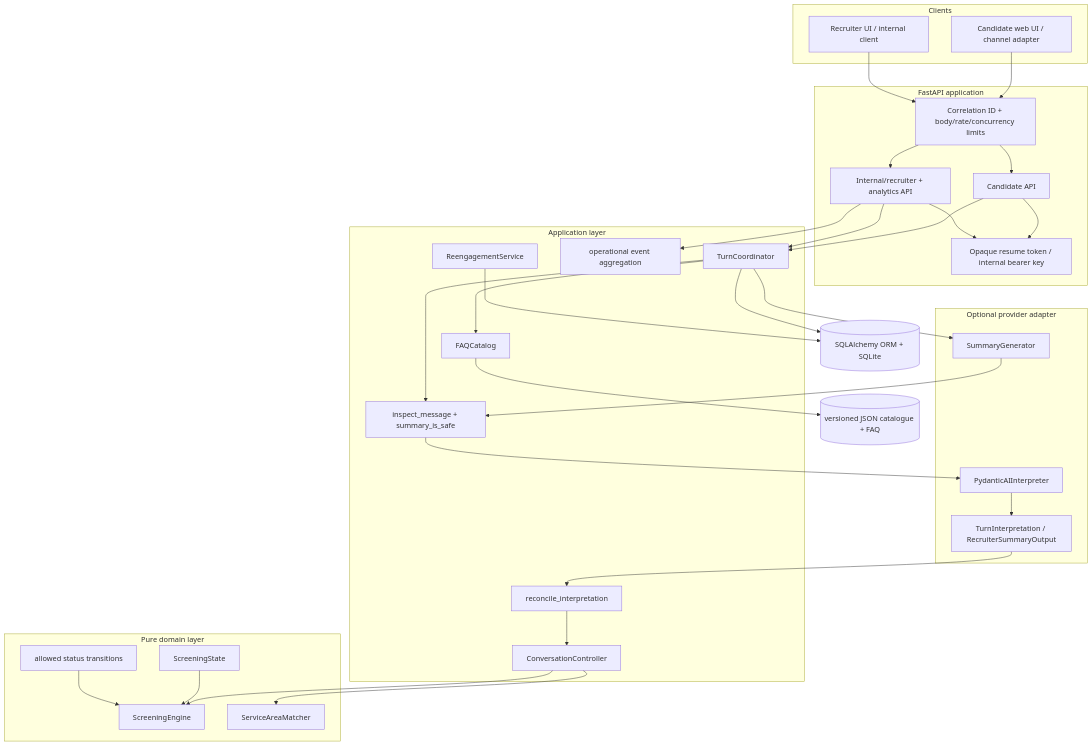
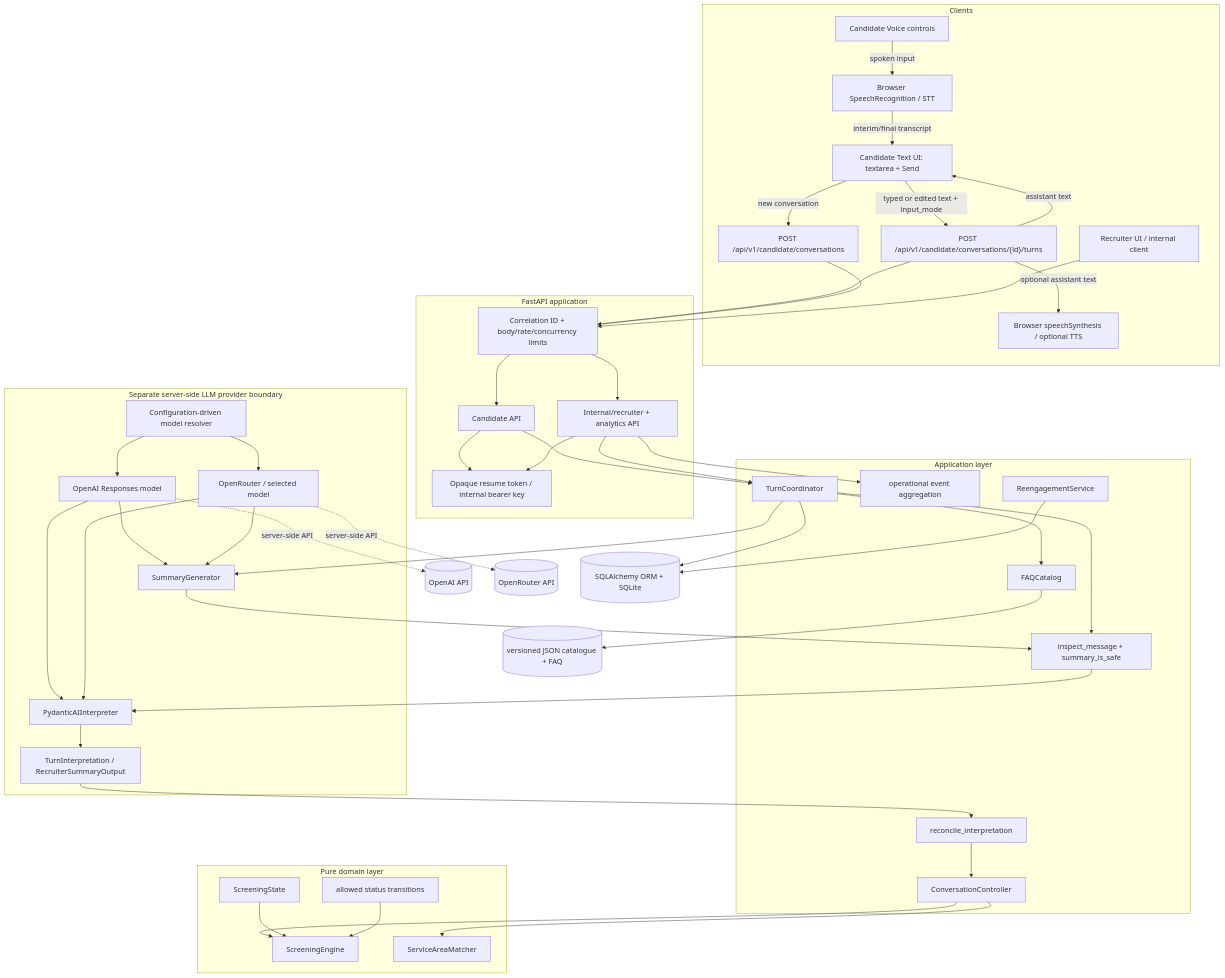
One commit to cadovid/ai-system-candidate-screening changed the first of 2 diagrams in docs/architecture.md. Above: the diagram before and after it, drawn with Mermaid. The commit also changed other lines of this file and 37 other files, not shown here.

Commit message:
Add configurable providers and browser voice screening

````diff
--- a/docs/architecture.md
+++ b/docs/architecture.md
@@ -7,8 +7,17 @@
 ```mermaid
 flowchart TB
   subgraph Clients
-    Candidate[Candidate web UI / channel adapter]
+    TextUI[Candidate Text UI: textarea + Send]
+    VoiceControls[Candidate Voice controls]
+    BrowserSTT[Browser SpeechRecognition / STT]
+    BrowserTTS[Browser speechSynthesis / optional TTS]
     Recruiter[Recruiter UI / internal client]
+    VoiceControls -->|spoken input| BrowserSTT
+    BrowserSTT -->|interim/final transcript| TextUI
+    TextUI -->|typed or edited text + input_mode| Turns["POST /api/v1/candidate/conversations/{id}/turns"]
+    TextUI -->|new conversation| Create["POST /api/v1/candidate/conversations"]
+    Turns -->|assistant text| TextUI
+    Turns -->|optional assistant text| BrowserTTS
   end
 
   subgraph HTTP[FastAPI application]
@@ -35,16 +44,23 @@
     Transitions[allowed status transitions]
   end
 
-  subgraph AI[Optional provider adapter]
+  subgraph AI[Separate server-side LLM provider boundary]
+    Resolver[Configuration-driven model resolver]
     Interpreter[PydanticAIInterpreter]
     Summary[SummaryGenerator]
     Schemas[TurnInterpretation / RecruiterSummaryOutput]
+    OpenAI[OpenAI Responses model]
+    OpenRouter[OpenRouter / selected model]
   end
+
+  OpenAI -. server-side API .-> OpenAIAPI[(OpenAI API)]
+  OpenRouter -. server-side API .-> OpenRouterAPI[(OpenRouter API)]
 
   DB[(SQLAlchemy ORM + SQLite)]
   Data[(versioned JSON catalogue + FAQ)]
 
-  Candidate --> Middleware
+  Turns --> Middleware
+  Create --> Middleware
   Recruiter --> Middleware
   Middleware --> CandidateAPI
   Middleware --> InternalAPI
@@ -54,6 +70,12 @@
   InternalAPI --> Coordinator
   Coordinator --> Guard
   Guard --> Interpreter
+  Resolver --> OpenAI
+  Resolver --> OpenRouter
+  OpenAI --> Interpreter
+  OpenRouter --> Interpreter
+  OpenAI --> Summary
+  OpenRouter --> Summary
   Interpreter --> Schemas
   Schemas --> Reconcile
   Reconcile --> Controller
````
